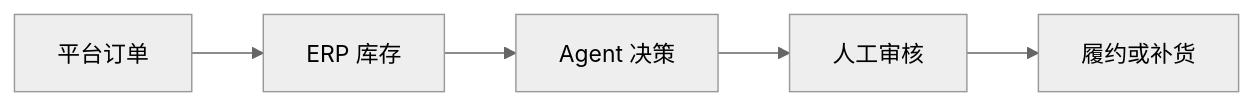
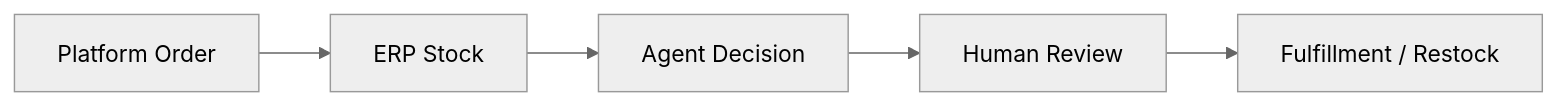
One commit to Tongh-de/MarketCraft-AI changed the third of 3 diagrams in README.md. Above: the diagram before and after it, drawn with Mermaid (neutral theme). The commit also changed other lines of this file, not shown here.

````diff
--- a/README.md
+++ b/README.md
@@ -42,7 +76,7 @@
 ```mermaid
 flowchart LR
-    A[平台订单] --> B[ERP 库存]
-    B --> C[Agent 决策]
-    C --> D[人工审核]
-    D --> E[履约或补货]
+    Order[Platform Order] --> Stock[ERP Stock]
+    Stock --> Decision[Agent Decision]
+    Decision --> Review[Human Review]
+    Review --> Execute[Fulfillment / Restock]
 ```
````
